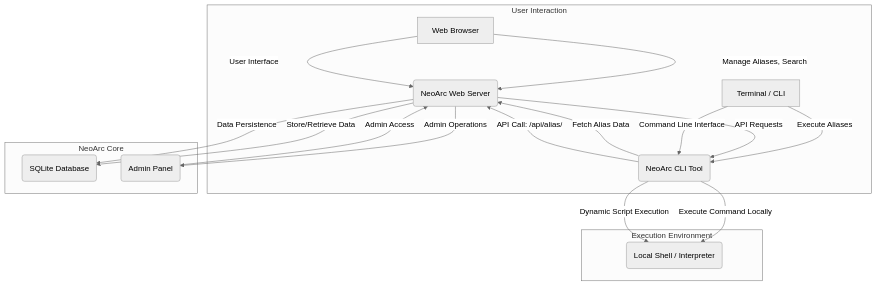
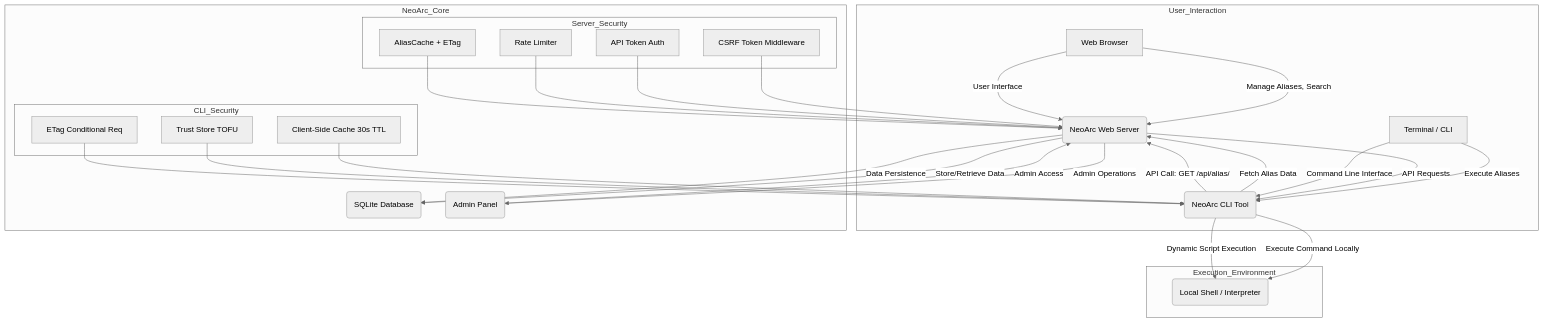
The diagram in docs/ARCHITECTURE.md (rkriad585/NeoArc), drawn with Mermaid (neutral theme) before and after one commit. The commit also changed other lines of this file and 64 other files, not shown here.

````diff
--- a/docs/ARCHITECTURE.md
+++ b/docs/ARCHITECTURE.md
@@ -9,25 +9,38 @@
 ```mermaid
 graph TD
-    subgraph User Interaction
+    subgraph User_Interaction
         A[Web Browser] -- Manage Aliases, Search --> B(NeoArc Web Server)
         C[Terminal / CLI] -- Execute Aliases --> D(NeoArc CLI Tool)
     end
 
-    subgraph NeoArc Core
+    subgraph NeoArc_Core
         B -- API Requests --> D
         D -- Fetch Alias Data --> B
         B -- Store/Retrieve Data --> E(SQLite Database)
         B -- Admin Operations --> F(Admin Panel)
+
+        subgraph Server_Security
+            G[CSRF Token Middleware] --> B
+            H[API Token Auth] --> B
+            I[Rate Limiter] --> B
+            J[AliasCache + ETag] --> B
+        end
+
+        subgraph CLI_Security
+            K[Client-Side Cache 30s TTL] --> D
+            L[Trust Store TOFU] --> D
+            M[ETag Conditional Req] --> D
+        end
     end
 
-    subgraph Execution Environment
-        D -- Execute Command Locally --> G(Local Shell / Interpreter)
+    subgraph Execution_Environment
+        D -- Execute Command Locally --> N(Local Shell / Interpreter)
     end
 
     A -- User Interface --> B
     C -- Command Line Interface --> D
-    D -- API Call: /api/alias/<name> --> B
+    D -- API Call: GET /api/alias/<name> --> B
     B -- Data Persistence --> E
     F -- Admin Access --> B
-    D -- Dynamic Script Execution --> G
+    D -- Dynamic Script Execution --> N
 ```
````
